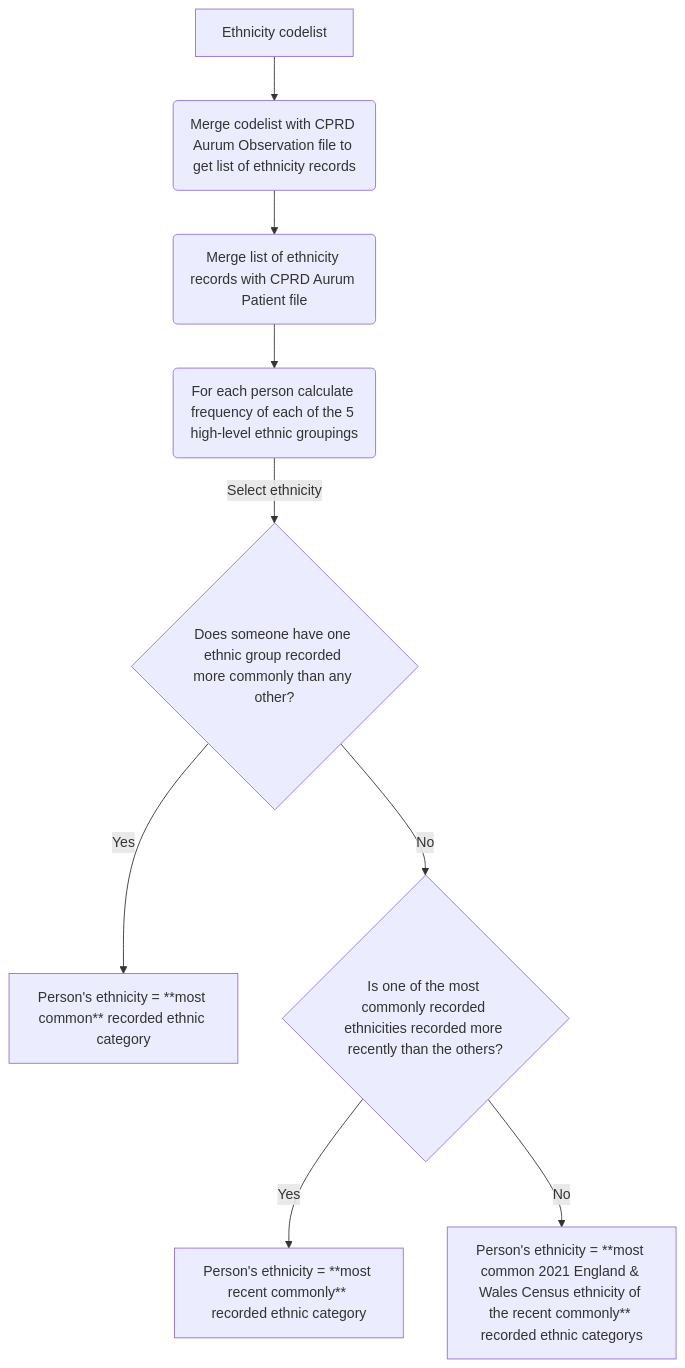
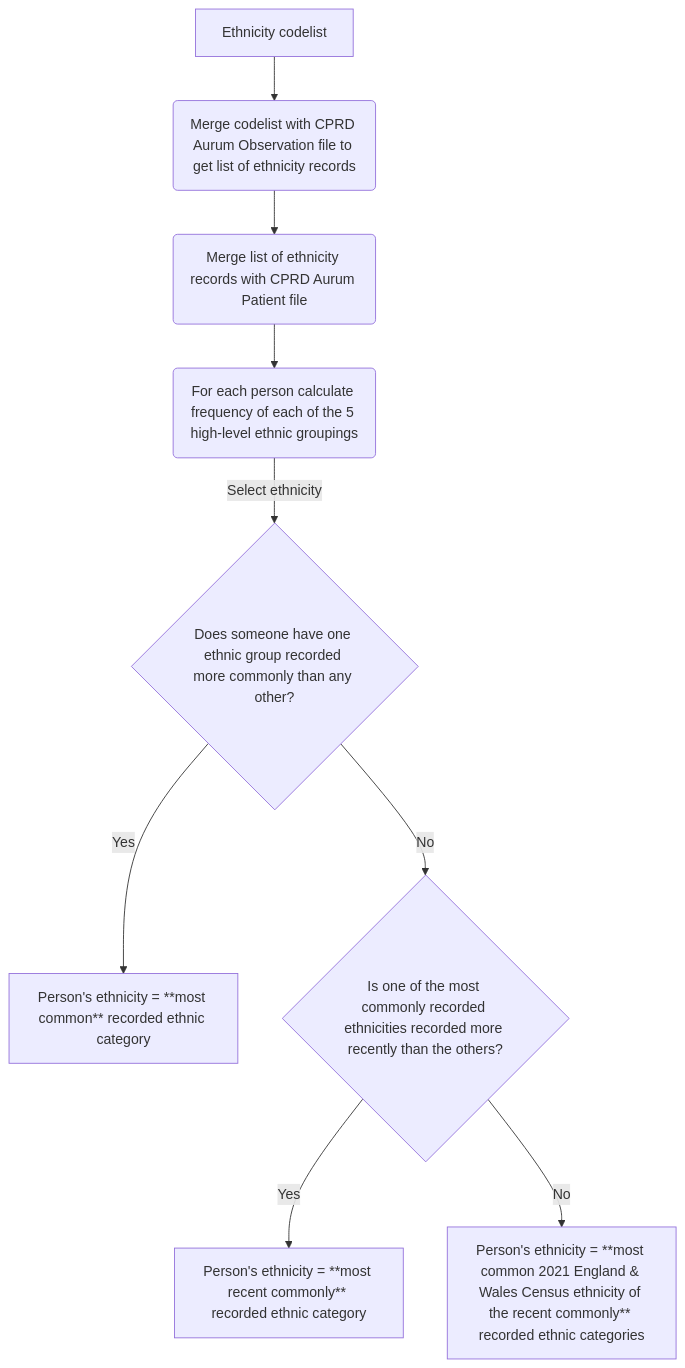
Before and after one commit to pstone22/ethnicity: the second of 2 diagrams in README.md, drawn with Mermaid. The commit also changed other lines of this file, not shown here.

````diff
--- a/README.md
+++ b/README.md
@@ -92,11 +92,11 @@
 ```mermaid
 flowchart TD
 A[Ethnicity codelist] --> B(Merge codelist with CPRD Aurum Observation file to get list of ethnicity records)
 B --> C(Merge list of ethnicity records with CPRD Aurum Patient file)
 C --> D(For each person calculate frequency of each of the 5 high-level ethnic groupings)
 D -->|Select ethnicity| E{Does someone have one ethnic group recorded more commonly than any other?}
 E -->|Yes| F[Person's ethnicity = **most common** recorded ethnic category]
 E -->|No| G{Is one of the most commonly recorded ethnicities recorded more recently than the others?}
 G -->|Yes| H[Person's ethnicity = **most recent commonly** recorded ethnic category]
-G -->|No| I[Person's ethnicity = **most common 2021 England & Wales Census ethnicity of the recent commonly** recorded ethnic categorys]
+G -->|No| I[Person's ethnicity = **most common 2021 England & Wales Census ethnicity of the recent commonly** recorded ethnic categories]
 ```
````
